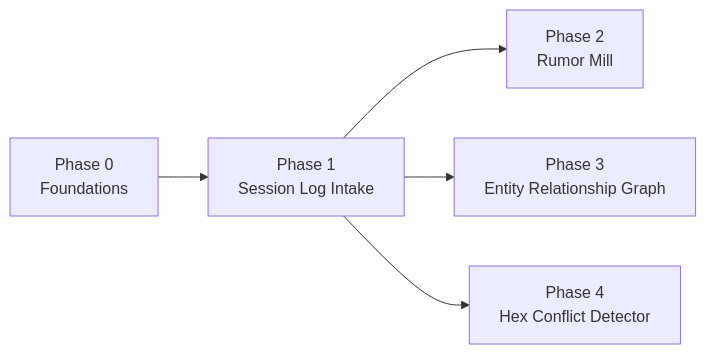
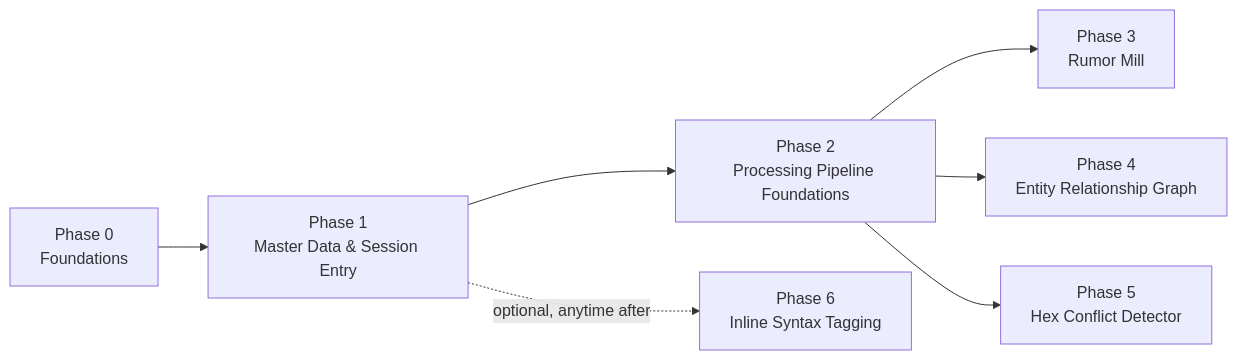
Before and after one commit to mattpdipietro/shared-world: the diagram in docs/roadmap.md, drawn with Mermaid. The commit also changed other lines of this file and 12 other files, not shown here.

````diff
--- a/docs/roadmap.md
+++ b/docs/roadmap.md
@@ -41,7 +67,9 @@
 ```mermaid
 flowchart LR
-    P0["Phase 0<br/>Foundations"] --> P1["Phase 1<br/>Session Log Intake"]
-    P1 --> P2["Phase 2<br/>Rumor Mill"]
-    P1 --> P3["Phase 3<br/>Entity Relationship Graph"]
-    P1 --> P4["Phase 4<br/>Hex Conflict Detector"]
+    P0["Phase 0<br/>Foundations"] --> P1["Phase 1<br/>Master Data &amp; Session Entry"]
+    P1 --> P2["Phase 2<br/>Processing Pipeline Foundations"]
+    P2 --> P3["Phase 3<br/>Rumor Mill"]
+    P2 --> P4["Phase 4<br/>Entity Relationship Graph"]
+    P2 --> P5["Phase 5<br/>Hex Conflict Detector"]
+    P1 -.->|optional, anytime after| P6["Phase 6<br/>Inline Syntax Tagging"]
 ```
````
